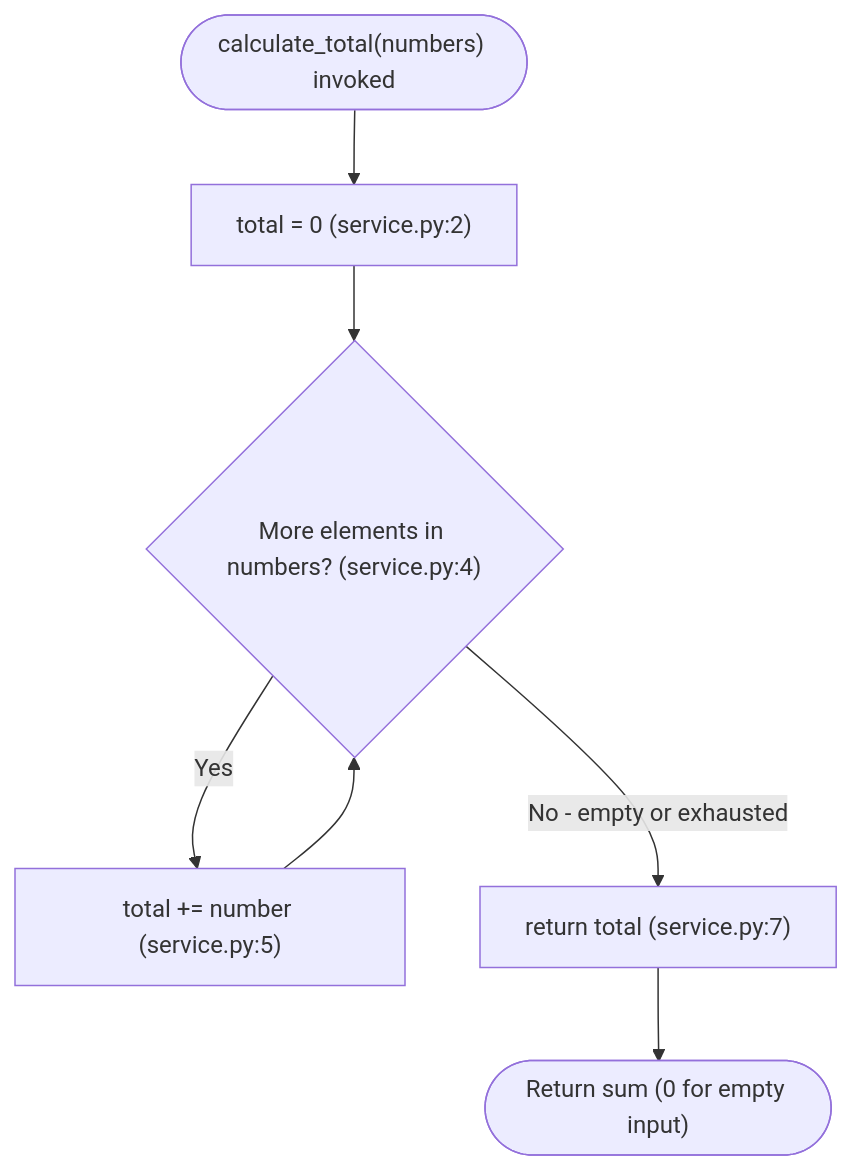
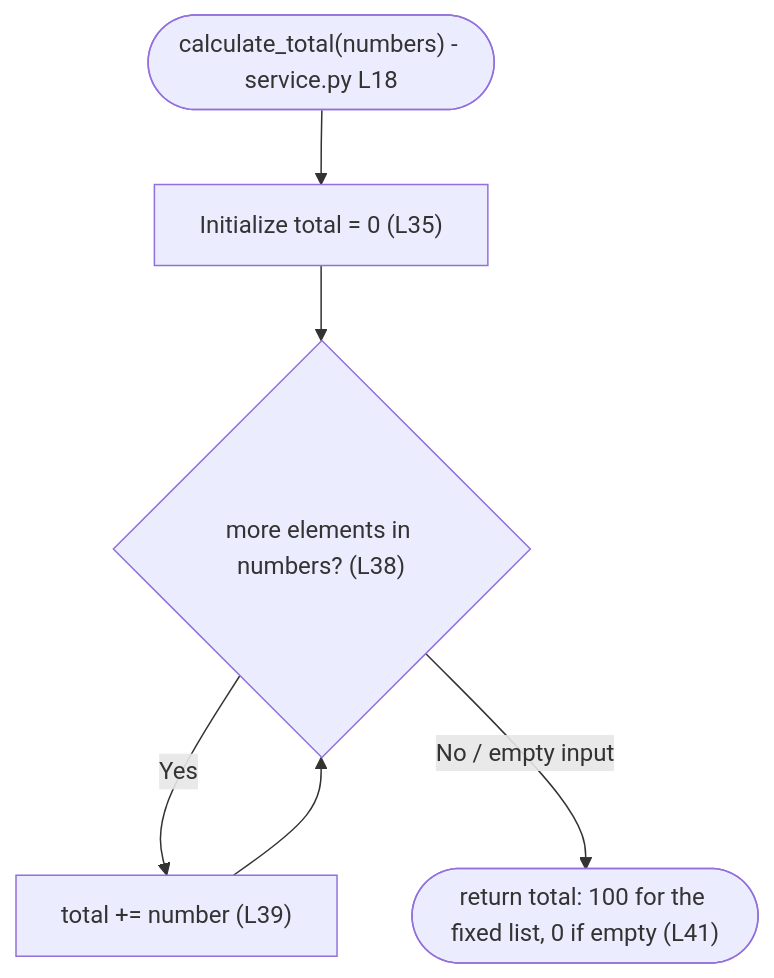
Before and after one commit to lakshya-blitzy/600K_ParentRepo: the sixth of 43 diagrams in blitzy/documentation/Technical Specifications.md, drawn with Mermaid. The commit also changed other lines of this file, not shown here.

````diff
--- a/blitzy/documentation/Technical Specifications.md
+++ b/blitzy/documentation/Technical Specifications.md
@@ -1013,9 +992,8 @@
 ```mermaid
 flowchart TD
-    S(["calculate_total(numbers) invoked"]) --> Init["total = 0 (service.py:2)"]
-    Init --> D{"More elements in numbers? (service.py:4)"}
-    D -->|"Yes"| Add["total += number (service.py:5)"]
-    Add --> D
-    D -->|"No - empty or exhausted"| R["return total (service.py:7)"]
-    R --> E(["Return sum (0 for empty input)"])
+    S(["calculate_total(numbers) - service.py L18"]) --> T["Initialize total = 0 (L35)"]
+    T --> D{"more elements in numbers? (L38)"}
+    D -->|"Yes"| A["total += number (L39)"]
+    A --> D
+    D -->|"No / empty input"| R(["return total: 100 for the fixed list, 0 if empty (L41)"])
 ```
````
